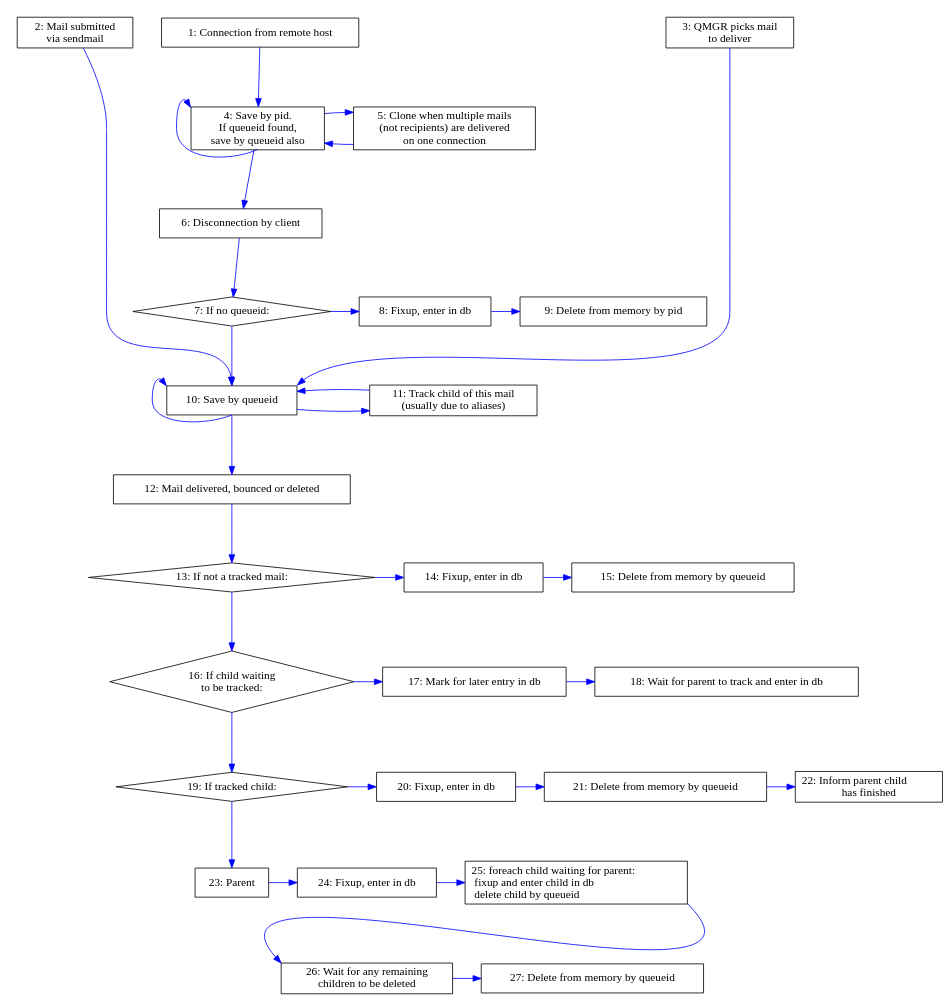
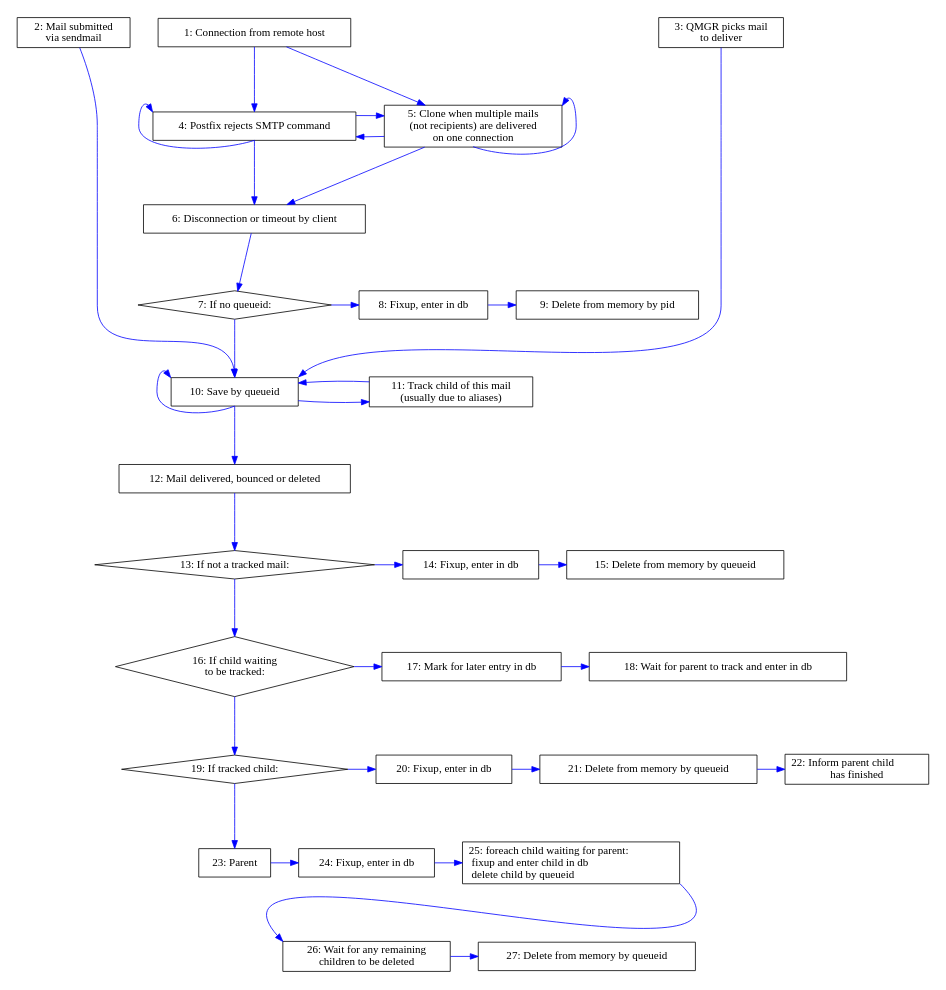
The diagram in doc/logparser-flow-chart.dot (tobinjt/ASO), drawn with Graphviz before and after one commit. The commit also changed 5 other files, not shown here.

Commit message:
Corrected and improved flow chart. Added graphs, hopefully clarified graphs too. Improved paper with clearer wording. Described field usage in example rule. Expanded Makefile to cover new graphs. Stupidly deleted everything, had to redo the days work.

```diff
--- a/doc/logparser-flow-chart.dot
+++ b/doc/logparser-flow-chart.dot
@@ -1,170 +1,173 @@
 /* vim: set textwidth=160 : */
 /* $Id$ */
 
 digraph logparser {
     graph [
         size = "6.8, 7.3"
         margin = "0"
         center = true
     ]
     node [
         shape = box
     ]
     edge [
         color = blue
         fontcolor = red
         minlen = 2
     ]
 
     /* EDGES */
     /* Connect from client */
-    connect                         -> { save_by_pid }
-    save_by_pid                     -> { save_by_pid } [dir = back, headport = s, tailport = nw]
-    save_by_pid                     -> { disconnect }
-    clone                           -> { save_by_pid }
-    save_by_pid                     -> { clone }
+    connect                         -> { rejection } [weight = 5]
+    rejection                       -> { rejection } [dir = back, headport = s, tailport = nw]
+    rejection                       -> { disconnect } [weight = 5]
+    connect                         -> { clone }
+    clone                           -> { clone } [dir = back, headport = s, tailport = ne]
+    clone                           -> { disconnect }
+    clone                           -> { rejection }
+    rejection                       -> { clone }
 
     /* Disconnect without queueid */
     disconnect                      -> { if_no_queueid }
     if_no_queueid                   -> { fixup_enter_in_db_disconnect }
     fixup_enter_in_db_disconnect    -> { delete_by_pid_disconnect }
 
     /* Disconnect with queueid */
     if_no_queueid                   -> { save_by_queueid } [weight = 5]
 
     /* Misc entry */
     pickup                          -> { save_by_queueid } [headport = n]
     qmgr_chooses_mail               -> { save_by_queueid } [headport = ne]
     /* Graph placement */
     connect                         -> { pickup } [style = invis, weight = 0]
     connect                         -> { qmgr_chooses_mail } [style = invis, weight = 0]
 
     /* Save results by queueid */
     save_by_queueid                 -> { track } [minlen = 5]
     track                           -> { save_by_queueid }
     save_by_queueid                 -> { save_by_queueid } [dir = back, headport = s, tailport = nw]
     save_by_queueid                 -> { commit }
 
     /* Commit is complicated */
     /* Neither parent nor child. */
     commit                          -> { if_neither_parent_nor_child }
     if_neither_parent_nor_child     -> { fixup_enter_in_db_npc }
     fixup_enter_in_db_npc           -> { delete_npc }
     /* Untracked child */
     if_neither_parent_nor_child     -> { if_untracked_child }
     if_untracked_child              -> { mark_for_commit }
     mark_for_commit                 -> { wait_for_parent_to_commit_me }
     if_untracked_child              -> { if_tracked_child }
     /* Tracked child */
     if_tracked_child                -> { fixup_enter_in_db_tc }
     fixup_enter_in_db_tc            -> { delete_tc }
     delete_tc                       -> { maybe_delete_parent }
     /* Parent */
     if_tracked_child                -> { parent }
     parent                          -> { fixup_enter_in_db_parent }
     fixup_enter_in_db_parent        -> { commit_children }
     /* This next edge pulls wait_for_children_to_be_deleted leftwards */
     fixup_enter_in_db_parent        -> { wait_for_children_to_be_deleted } [style = invis]
     commit_children                 -> { wait_for_children_to_be_deleted } [headport = nw, tailport = se, weight = 0]
     wait_for_children_to_be_deleted -> { delete_parent }
 
     /* NODE LABELS */
-    save_by_pid                     [label = "4: Save by pid.\nIf queueid found,\nsave by queueid also"]
+    rejection                       [label = "4: Postfix rejects SMTP command"]
     connect                         [label = "1: Connection from remote host"]
     clone                           [label = "5: Clone when multiple mails\n(not recipients) are delivered\non one connection"]
 
     /* Disconnect without queueid */
-    disconnect                      [label = "6: Disconnection by client"]
+    disconnect                      [label = "6: Disconnection or timeout by client"]
     if_no_queueid                   [label = "7: If no queueid:", shape = diamond]
     fixup_enter_in_db_disconnect    [label = "8: Fixup, enter in db"]
     delete_by_pid_disconnect        [label = "9: Delete from memory by pid"]
 
     /* Disconnect with queueid - already covered */
 
     /* Misc entry */
     pickup                          [label = "2: Mail submitted\nvia sendmail"]
     qmgr_chooses_mail               [label = "3: QMGR picks mail\nto deliver"]
 
     /* Save results by queueid */
     save_by_queueid                 [label = "10: Save by queueid"]
     track                           [label = "11: Track child of this mail\n(usually due to aliases)"]
 
     /* Commit is complicated */
     /* Neither parent nor child. */
     commit                          [label = "12: Mail delivered, bounced or deleted"]
     if_neither_parent_nor_child     [label = "13: If not a tracked mail:", shape = diamond]
     fixup_enter_in_db_npc           [label = "14: Fixup, enter in db"]
     delete_npc                      [label = "15: Delete from memory by queueid"]
 
     /* Untracked child */
     if_untracked_child              [label = "16: If child waiting\nto be tracked:", shape = diamond]
     mark_for_commit                 [label = "17: Mark for later entry in db"]
     wait_for_parent_to_commit_me    [label = "18: Wait for parent to track and enter in db"]
 
     /* Tracked child */
     if_tracked_child                [label = "19: If tracked child:", shape = diamond]
     fixup_enter_in_db_tc            [label = "20: Fixup, enter in db"]
     delete_tc                       [label = "21: Delete from memory by queueid"]
     maybe_delete_parent             [label = "22: Inform parent child\lhas finished"]
 
     /* Parent */
     parent                          [label = "23: Parent"]
     fixup_enter_in_db_parent        [label = "24: Fixup, enter in db"]
     commit_children                 [label = "25: foreach child waiting for parent:\l  fixup and enter child in db\l  delete child by queueid\l", labeljust = l]
     wait_for_children_to_be_deleted [label = "26: Wait for any remaining \nchildren to be deleted"]
     delete_parent                   [label = "27: Delete from memory by queueid"]
 
     /* SUB-GRAPHS */
     subgraph sources {
         rank = source
         pickup
         qmgr_chooses_mail
         connect
     }
     subgraph clone_or_save {
         rank = same
         clone
-        save_by_pid
+        rejection
     }
     subgraph disconnect_without_queueid {
         rank = same
         if_no_queueid
         fixup_enter_in_db_disconnect
         delete_by_pid_disconnect
     }
     subgraph save_or_track {
         rank = same
         track
         save_by_queueid
     }
     subgraph not_tracked {
         rank = same
         if_neither_parent_nor_child
         fixup_enter_in_db_npc
         delete_npc
     }
     subgraph untracked_child {
         rank = same
         if_untracked_child
         mark_for_commit
         wait_for_parent_to_commit_me
     }
     subgraph tracked_child {
         rank = same
         if_tracked_child
         fixup_enter_in_db_tc
         delete_tc
         maybe_delete_parent
     }
     subgraph parent {
         rank = same
         parent
         fixup_enter_in_db_parent
         commit_children
     }
     subgraph parent_waiting {
         rank = same
         wait_for_children_to_be_deleted
         delete_parent
     }
 }
```
